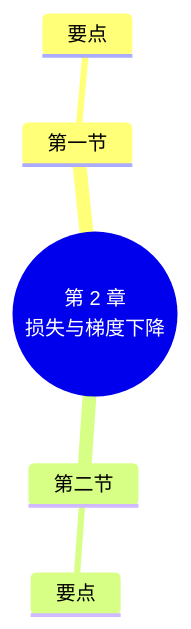
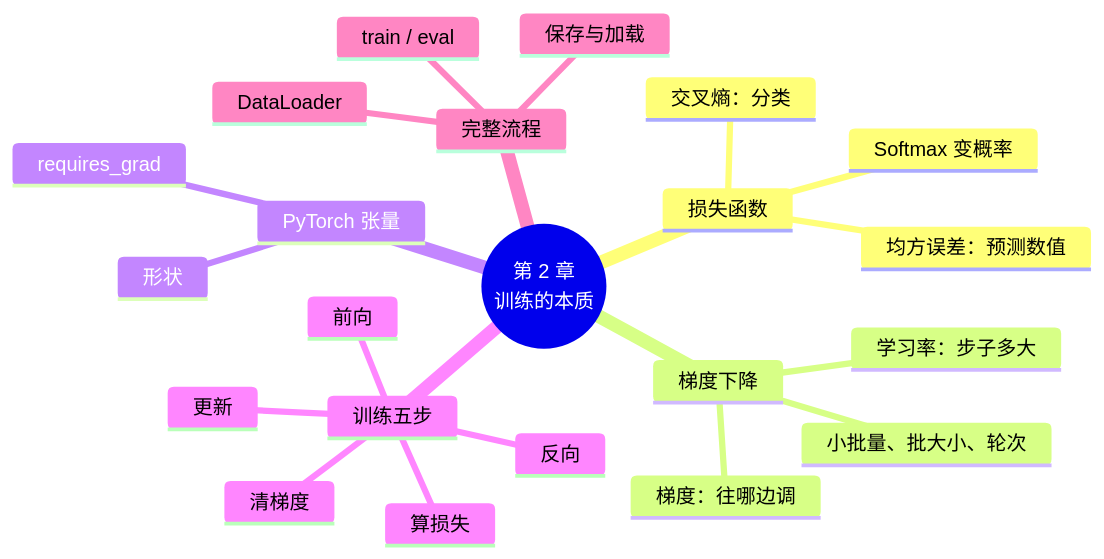
Before and after one commit to MingziFu9/dl-textbook: the third of 3 diagrams in docs/chapters/02-training/index.md, drawn with Mermaid. The commit also changed other lines of this file and 5 other files, not shown here.

Commit message:
第 2 章：损失函数、梯度下降、张量、训练五步，实验 2-1～2-3

````diff
--- a/docs/chapters/02-training/index.md
+++ b/docs/chapters/02-training/index.md
@@ -188,8 +560,25 @@
 ```mermaid
 mindmap
-  root((第 2 章<br/>损失与梯度下降))
-    第一节
-      要点
-    第二节
-      要点
+  root((第 2 章<br/>训练的本质))
+    损失函数
+      均方误差：预测数值
+      交叉熵：分类
+      Softmax 变概率
+    梯度下降
+      梯度：往哪边调
+      学习率：步子多大
+      小批量、批大小、轮次
+    PyTorch 张量
+      形状
+      requires_grad
+    训练五步
+      前向
+      算损失
+      清梯度
+      反向
+      更新
+    完整流程
+      DataLoader
+      train / eval
+      保存与加载
 ```
````
